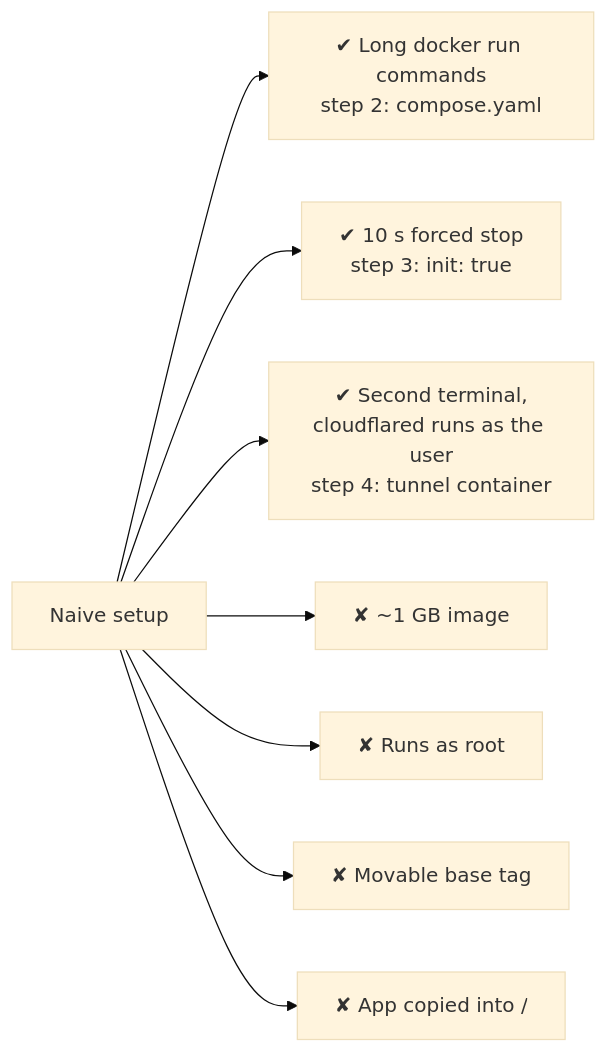
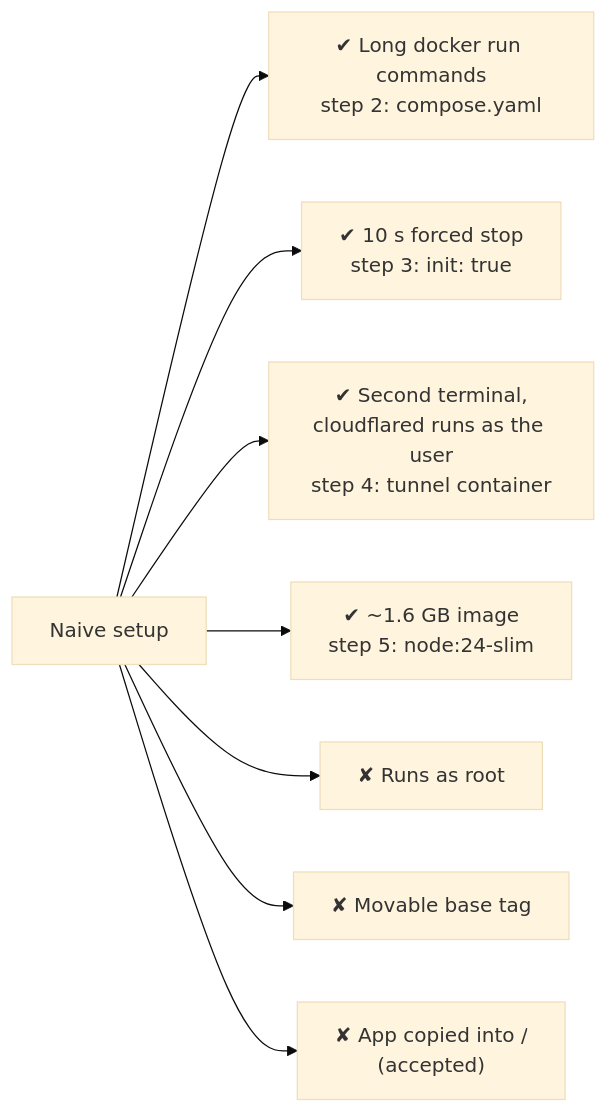
The diagram in docs/phases/phase-3-container/result.md (Bende-KBB/devops-lab), drawn with Mermaid (base theme) before and after one commit. The commit also changed other lines of this file and 4 other files, not shown here.

````diff
--- a/docs/phases/phase-3-container/result.md
+++ b/docs/phases/phase-3-container/result.md
@@ -9,10 +9,10 @@
 ```mermaid
 flowchart LR
     N["Naive setup"] --> A["✔ Long docker run commands<br/>step 2: compose.yaml"]
     N --> B["✔ 10 s forced stop<br/>step 3: init: true"]
     N --> C["✔ Second terminal,<br/>cloudflared runs as the user<br/>step 4: tunnel container"]
-    N --> D["✘ ~1 GB image"]
+    N --> D["✔ ~1.6 GB image<br/>step 5: node:24-slim"]
     N --> E["✘ Runs as root"]
     N --> F["✘ Movable base tag"]
-    N --> G["✘ App copied into /"]
+    N --> G["✘ App copied into /<br/>(accepted)"]
 ```
````
